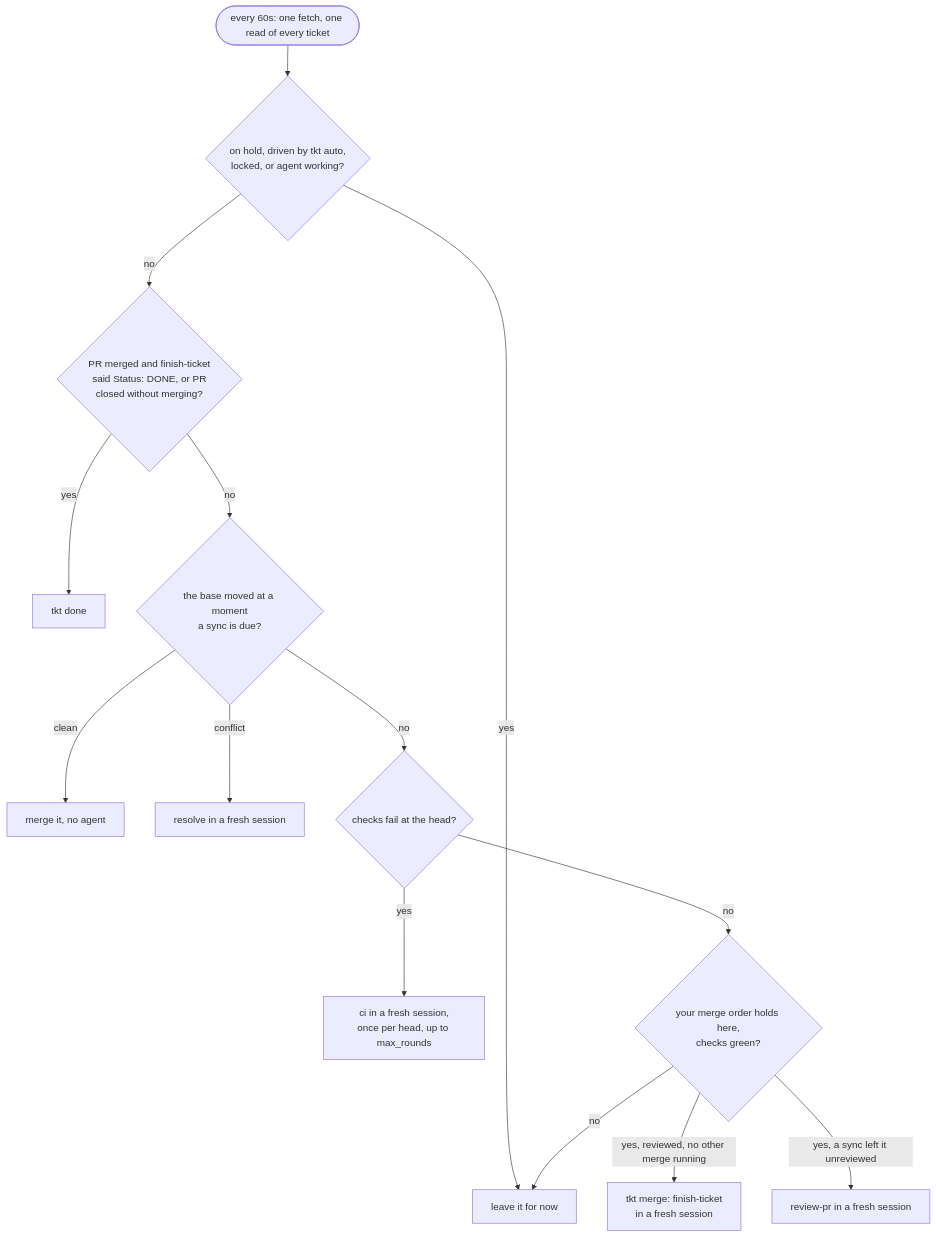
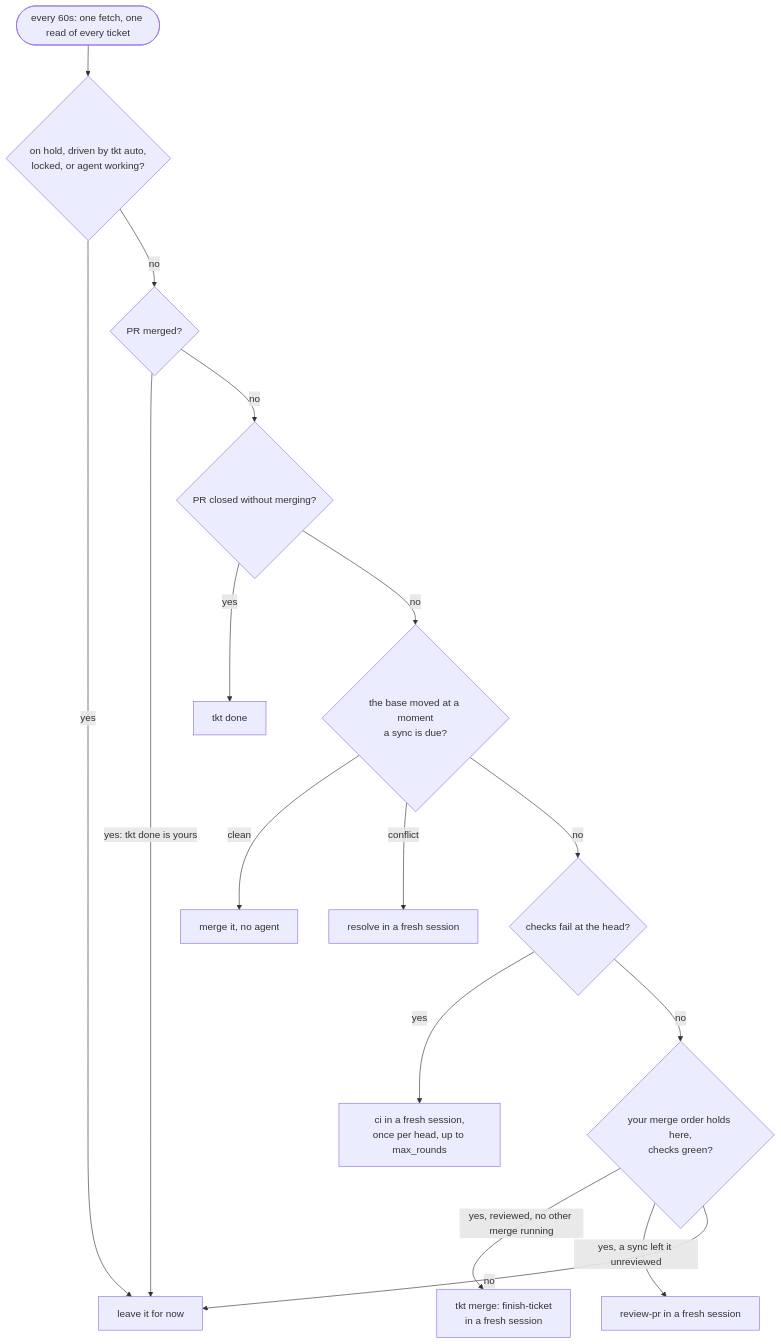
One commit to rogsme/tkt changed the sixth of 9 diagrams in docs/lifecycle.md. Above: the diagram before and after it, drawn with Mermaid. The commit also changed other lines of this file and 16 other files, not shown here.

First line of the commit message:
Leave a merged ticket for you to remove

````diff
--- a/docs/lifecycle.md
+++ b/docs/lifecycle.md
@@ -353,16 +353,18 @@
 ```mermaid
 flowchart TD
   pass(["every 60s: one fetch, one read of every ticket"]) --> skip{"on hold, driven by tkt auto,<br/>locked, or agent working?"}
   skip -->|yes| leave["leave it for now"]
-  skip -->|no| merged{"PR merged and finish-ticket<br/>said Status: DONE, or PR<br/>closed without merging?"}
-  merged -->|yes| done["tkt done"]
-  merged -->|no| behind{"the base moved at a moment<br/>a sync is due?"}
+  skip -->|no| merged{"PR merged?"}
+  merged -->|"yes: tkt done is yours"| leave
+  merged -->|no| closed{"PR closed without merging?"}
+  closed -->|yes| done["tkt done"]
+  closed -->|no| behind{"the base moved at a moment<br/>a sync is due?"}
   behind -->|clean| sync["merge it, no agent"]
   behind -->|conflict| resolve["resolve in a fresh session"]
   behind -->|no| ci{"checks fail at the head?"}
   ci -->|yes| fix["ci in a fresh session,<br/>once per head, up to max_rounds"]
   ci -->|no| order{"your merge order holds here,<br/>checks green?"}
   order -->|"yes, reviewed, no other merge running"| merge["tkt merge: finish-ticket<br/>in a fresh session"]
   order -->|"yes, a sync left it unreviewed"| review["review-pr in a fresh session"]
   order -->|no| leave
 ```
````
